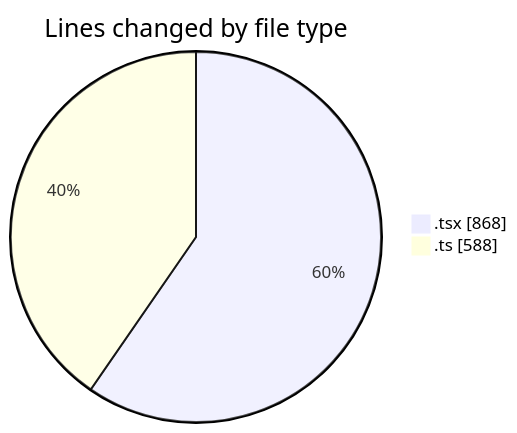
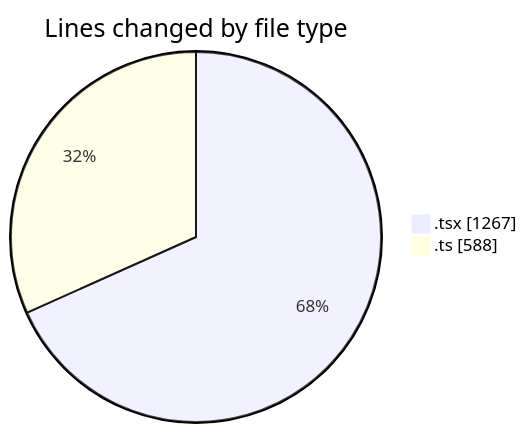
Before and after one commit to nxtqubesakshisongat/code-tracking: the first of 2 diagrams in 2026-04-17/airfeed-analytics-dashboard/README.md, drawn with Mermaid. The commit also changed other lines of this file and 1 other file, not shown here.

````diff
--- a/2026-04-17/airfeed-analytics-dashboard/README.md
+++ b/2026-04-17/airfeed-analytics-dashboard/README.md
@@ -27,6 +29,6 @@
 ```mermaid
 pie showData
 title Lines changed by file type
-".tsx" : 868
+".tsx" : 1267
 ".ts" : 588
 ```
````
